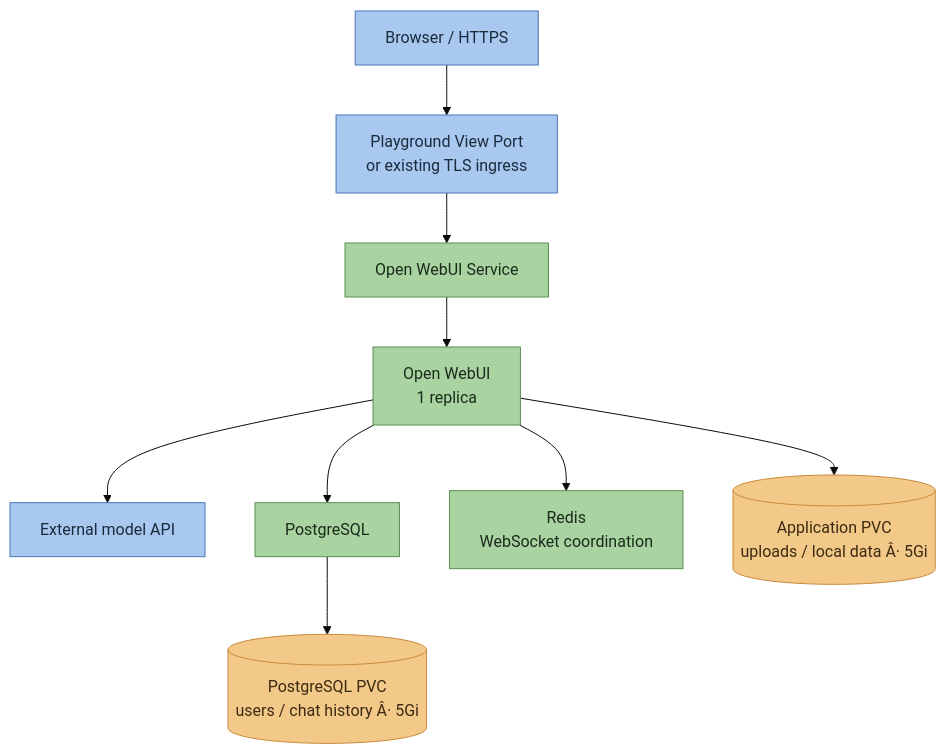
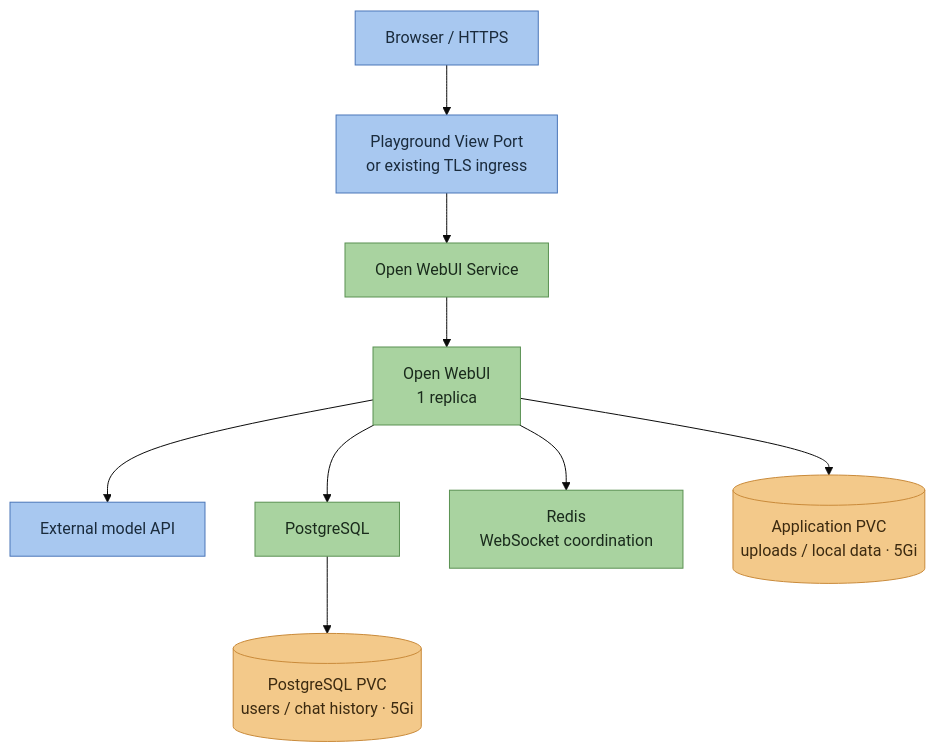
One commit to ThinkWithOps/thinkwithops-openwebui-production changed the diagram in README.md. Above: the diagram before and after it, drawn with Mermaid (base theme). The commit also changed other lines of this file, not shown here.

````diff
--- a/README.md
+++ b/README.md
@@ -75,22 +75,22 @@
 ```mermaid
 flowchart TB
     Browser["Browser / HTTPS"]:::entry
     Access["Playground View Port<br/>or existing TLS ingress"]:::entry
     Service["Open WebUI Service"]:::service
     UI["Open WebUI<br/>1 replica"]:::service
     Model["External model API"]:::entry
     PG["PostgreSQL"]:::service
     Redis["Redis<br/>WebSocket coordination"]:::service
-    AppPVC[("Application PVC<br/>uploads / local data Â· 5Gi")]:::data
-    DBPVC[("PostgreSQL PVC<br/>users / chat history Â· 5Gi")]:::data
+    AppPVC[("Application PVC<br/>uploads / local data · 5Gi")]:::data
+    DBPVC[("PostgreSQL PVC<br/>users / chat history · 5Gi")]:::data
 
     Browser --> Access --> Service --> UI
     UI --> Model
     UI --> PG --> DBPVC
     UI --> Redis
     UI --> AppPVC
 
     classDef entry fill:#a8c8f0,stroke:#4a76b8,color:#1a2b3c
     classDef service fill:#a9d3a0,stroke:#5a9152,color:#1a2b1c
     classDef data fill:#f3c98a,stroke:#c98a3a,color:#3c2a10
 ```
````
